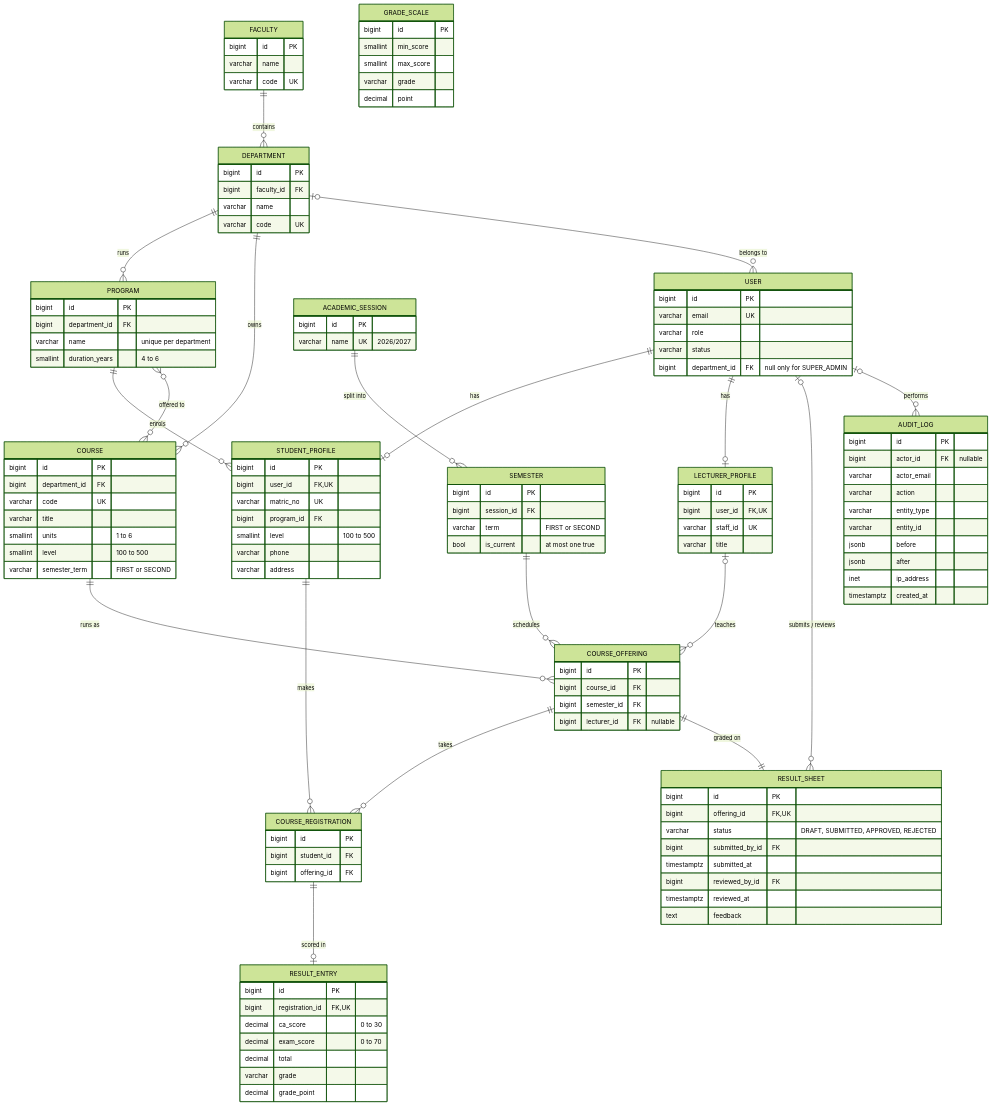
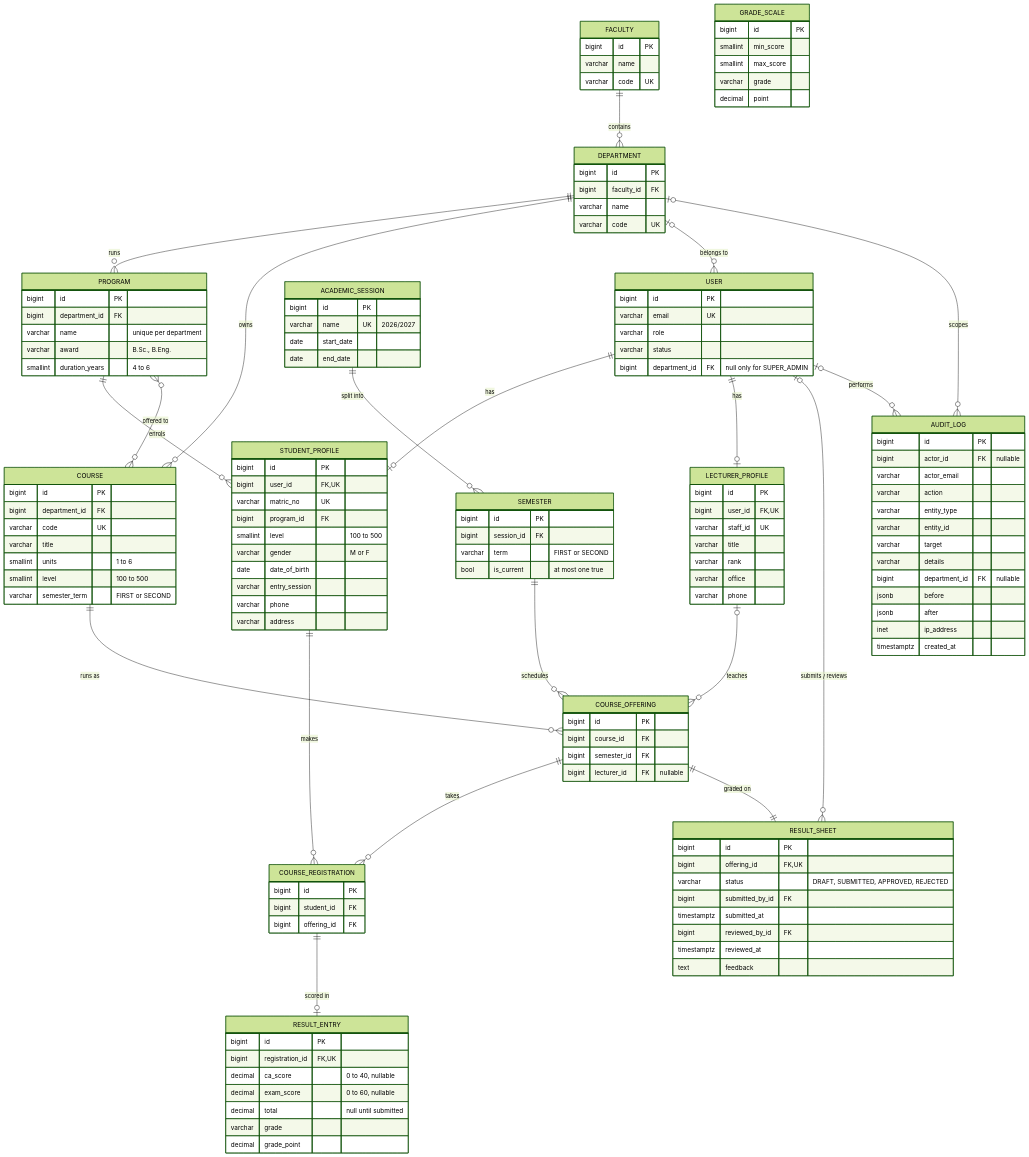
One commit to AbrahamAlgorithm/uemp changed the diagram in docs/database.md. Above: the diagram before and after it, drawn with Mermaid (forest theme). The commit also changed other lines of this file and 11 other files, not shown here.

```diff
--- a/docs/database.md
+++ b/docs/database.md
@@ -24,6 +24,7 @@
     COURSE_REGISTRATION ||--o| RESULT_ENTRY : "scored in"
     USER |o--o{ RESULT_SHEET : "submits / reviews"
     USER |o--o{ AUDIT_LOG : performs
+    DEPARTMENT |o--o{ AUDIT_LOG : scopes
 
     FACULTY {
         bigint id PK
@@ -40,11 +41,14 @@
         bigint id PK
         bigint department_id FK
         varchar name "unique per department"
+        varchar award "B.Sc., B.Eng."
         smallint duration_years "4 to 6"
     }
     ACADEMIC_SESSION {
         bigint id PK
         varchar name UK "2026/2027"
+        date start_date
+        date end_date
     }
     SEMESTER {
         bigint id PK
@@ -65,6 +69,9 @@
         varchar matric_no UK
         bigint program_id FK
         smallint level "100 to 500"
+        varchar gender "M or F"
+        date date_of_birth
+        varchar entry_session
         varchar phone
         varchar address
     }
@@ -73,6 +80,9 @@
         bigint user_id FK, UK
         varchar staff_id UK
         varchar title
+        varchar rank
+        varchar office
+        varchar phone
     }
     COURSE {
         bigint id PK
@@ -114,9 +124,9 @@
     RESULT_ENTRY {
         bigint id PK
         bigint registration_id FK, UK
-        decimal ca_score "0 to 30"
-        decimal exam_score "0 to 70"
-        decimal total
+        decimal ca_score "0 to 40, nullable"
+        decimal exam_score "0 to 60, nullable"
+        decimal total "null until submitted"
         varchar grade
         decimal grade_point
     }
@@ -127,6 +137,9 @@
         varchar action
         varchar entity_type
         varchar entity_id
+        varchar target
+        varchar details
+        bigint department_id FK "nullable"
         jsonb before
         jsonb after
         inet ip_address
```
